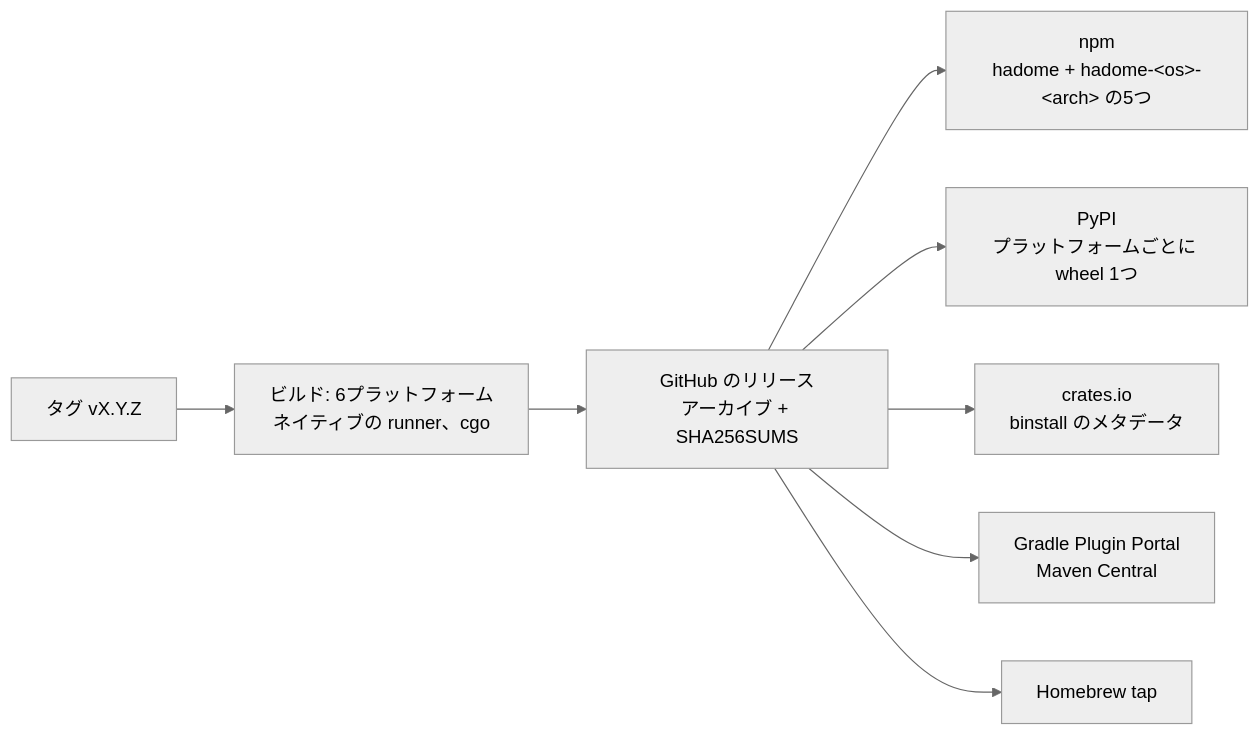
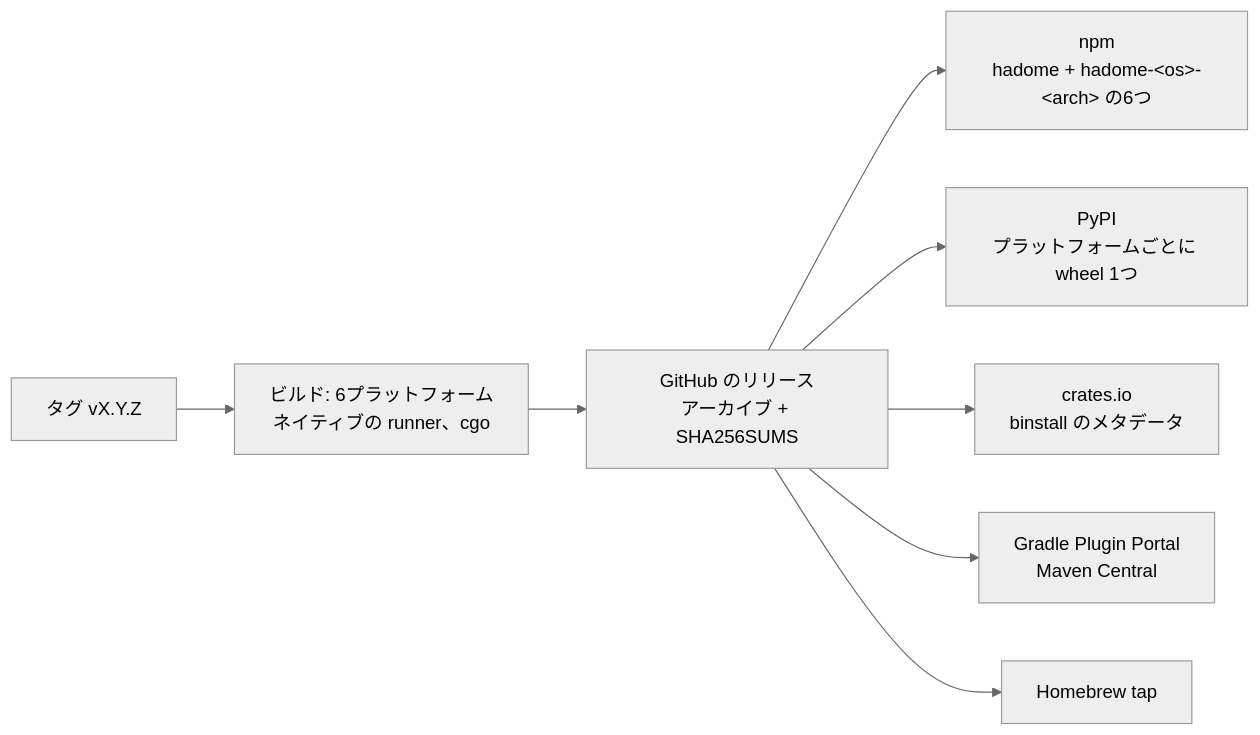
The first of 2 diagrams in docs/design/distribution.ja.md (rerorets/hadome), drawn with Mermaid (neutral theme) before and after one commit. The commit also changed other lines of this file and 1 other file, not shown here.

Commit message:
The distribution design counts six npm platform packages, including win32-arm64

````diff
--- a/docs/design/distribution.ja.md
+++ b/docs/design/distribution.ja.md
@@ -60,10 +60,10 @@
 ```mermaid
 flowchart LR
   T["タグ vX.Y.Z"] --> B["ビルド: 6プラットフォーム<br/>ネイティブの runner、cgo"]
   B --> R["GitHub のリリース<br/>アーカイブ + SHA256SUMS"]
-  R --> N["npm<br/>hadome + hadome-&lt;os&gt;-&lt;arch&gt; の5つ"]
+  R --> N["npm<br/>hadome + hadome-&lt;os&gt;-&lt;arch&gt; の6つ"]
   R --> P["PyPI<br/>プラットフォームごとに wheel 1つ"]
   R --> C["crates.io<br/>binstall のメタデータ"]
   R --> J["Gradle Plugin Portal<br/>Maven Central"]
   R --> H["Homebrew tap"]
 ```
````
